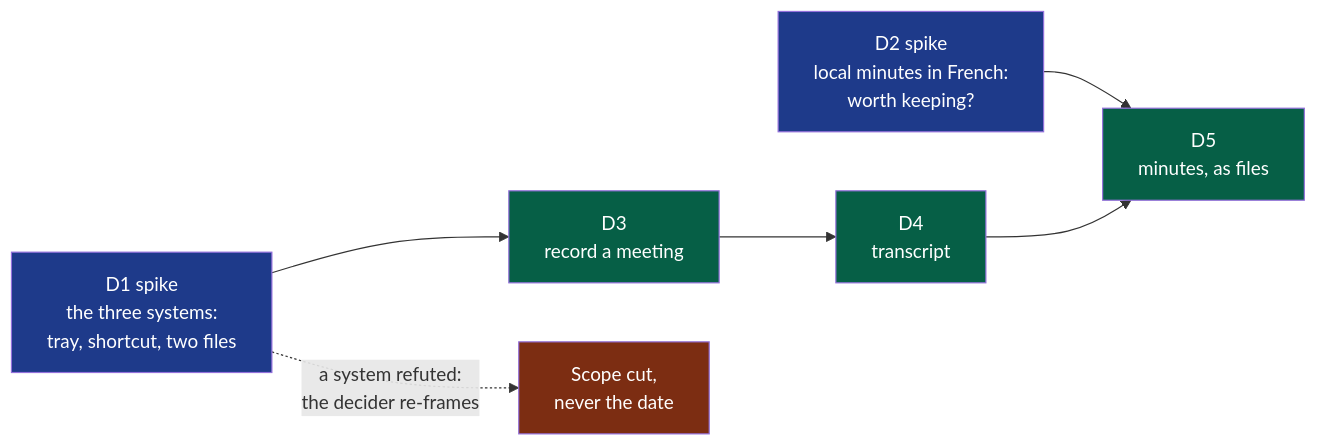
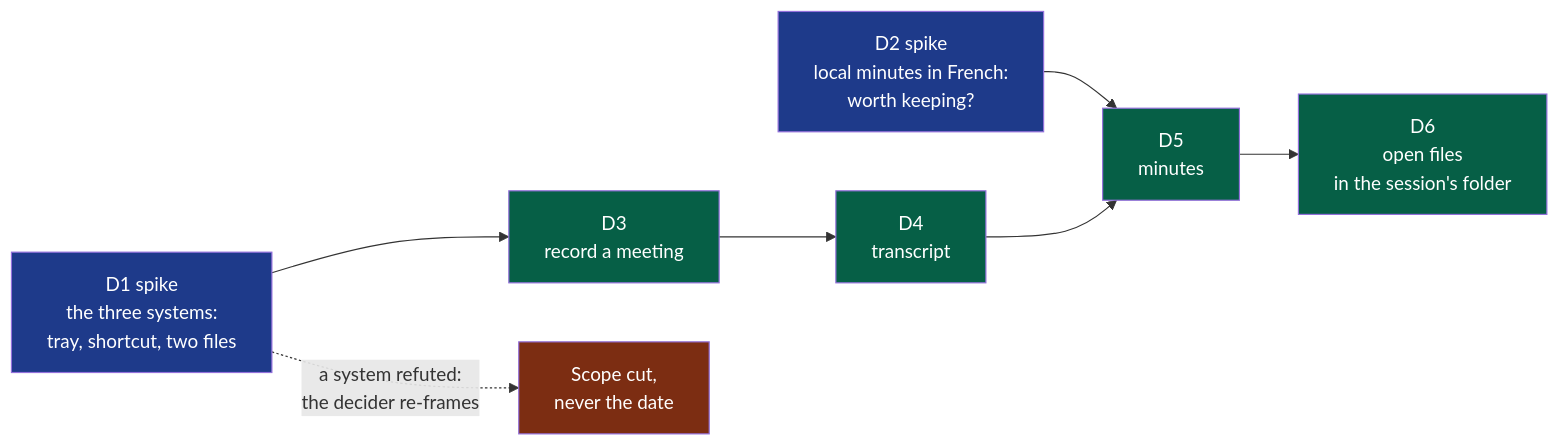
The diagram in docs/project/cycles/01-first-meeting-on-three-systems.md (NapkinStack/wholeheard), drawn with Mermaid before and after one commit. The commit also changed other lines of this file, not shown here.

````diff
--- a/docs/project/cycles/01-first-meeting-on-three-systems.md
+++ b/docs/project/cycles/01-first-meeting-on-three-systems.md
@@ -43,11 +47,11 @@
 ```mermaid
 flowchart LR
     D1["D1 spike<br/>the three systems:<br/>tray, shortcut, two files"]:::spike --> D3["D3<br/>record a meeting"]:::work
     D2["D2 spike<br/>local minutes in French:<br/>worth keeping?"]:::spike --> D5
-    D3 --> D4["D4<br/>transcript"]:::work --> D5["D5<br/>minutes, as files"]:::work
+    D3 --> D4["D4<br/>transcript"]:::work --> D5["D5<br/>minutes"]:::work --> D6["D6<br/>open files<br/>in the session's folder"]:::work
     D1 -. "a system refuted:<br/>the decider re-frames" .-> X["Scope cut,<br/>never the date"]:::stop
 
     classDef spike fill:#1e3a8a,color:#fff
     classDef work fill:#065f46,color:#fff
     classDef stop fill:#7c2d12,color:#fff
 ```
````
